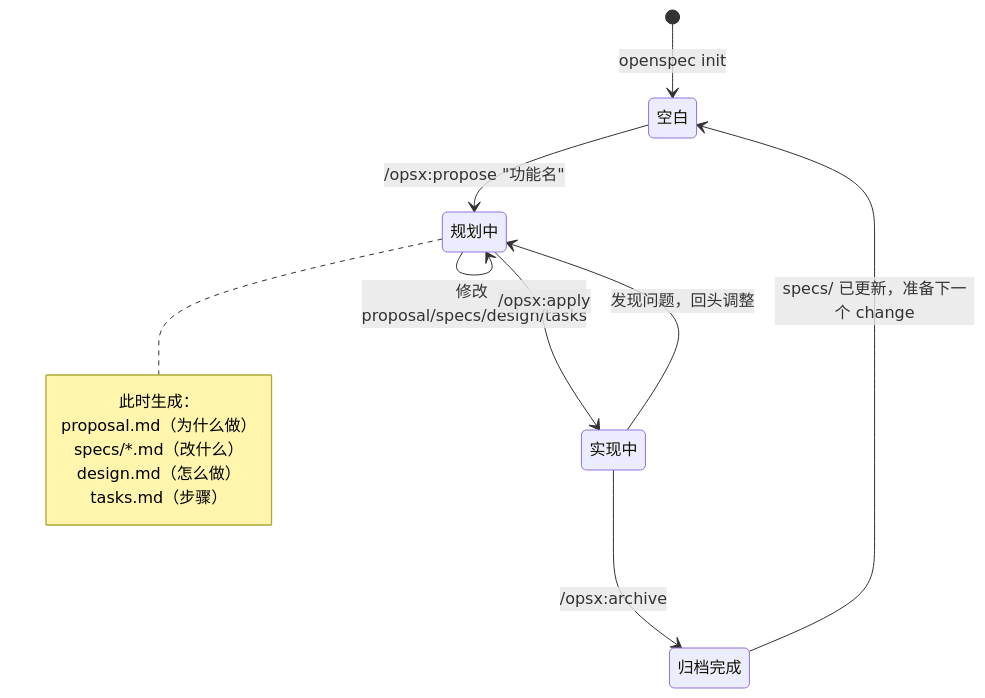
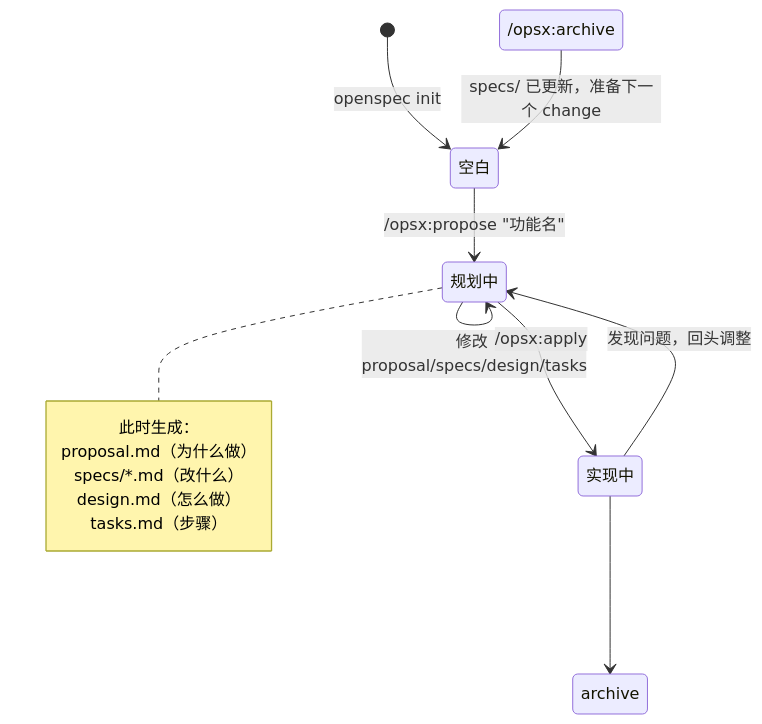
One commit to ethan-jiang-3/OpenSpec changed the diagram in _openspec_handbook/01-初级-先把-openspec-用起来.md. Above: the diagram before and after it, drawn with Mermaid. The commit also changed other lines of this file and 32 other files, not shown here.

````diff
--- a/_openspec_handbook/01-初级-先把-openspec-用起来.md
+++ b/_openspec_handbook/01-初级-先把-openspec-用起来.md
@@ -28,18 +28,18 @@
 ```mermaid
 stateDiagram-v2
     [*] --> 空白: openspec init
     空白 --> 规划中: /opsx:propose "功能名"
     规划中 --> 规划中: 修改 proposal/specs/design/tasks
     规划中 --> 实现中: /opsx:apply
     实现中 --> 规划中: 发现问题，回头调整
-    实现中 --> 归档完成: /opsx:archive
-    归档完成 --> 空白: specs/ 已更新，准备下一个 change
+    实现中 --> archive 完成: /opsx:archive
+    archive 完成 --> 空白: specs/ 已更新，准备下一个 change
     
     note right of 规划中
         此时生成：
         proposal.md（为什么做）
         specs/*.md（改什么）
         design.md（怎么做）
         tasks.md（步骤）
     end note
 ```
````
